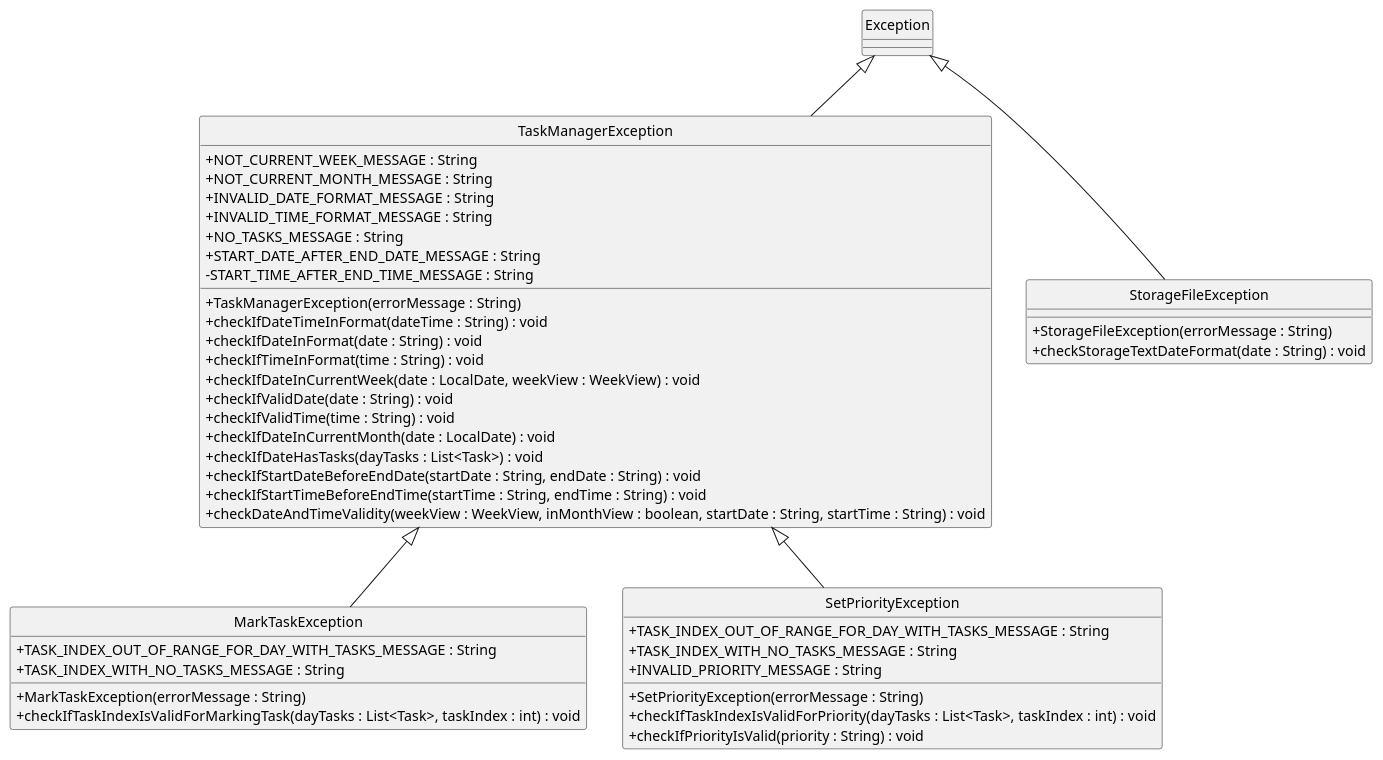
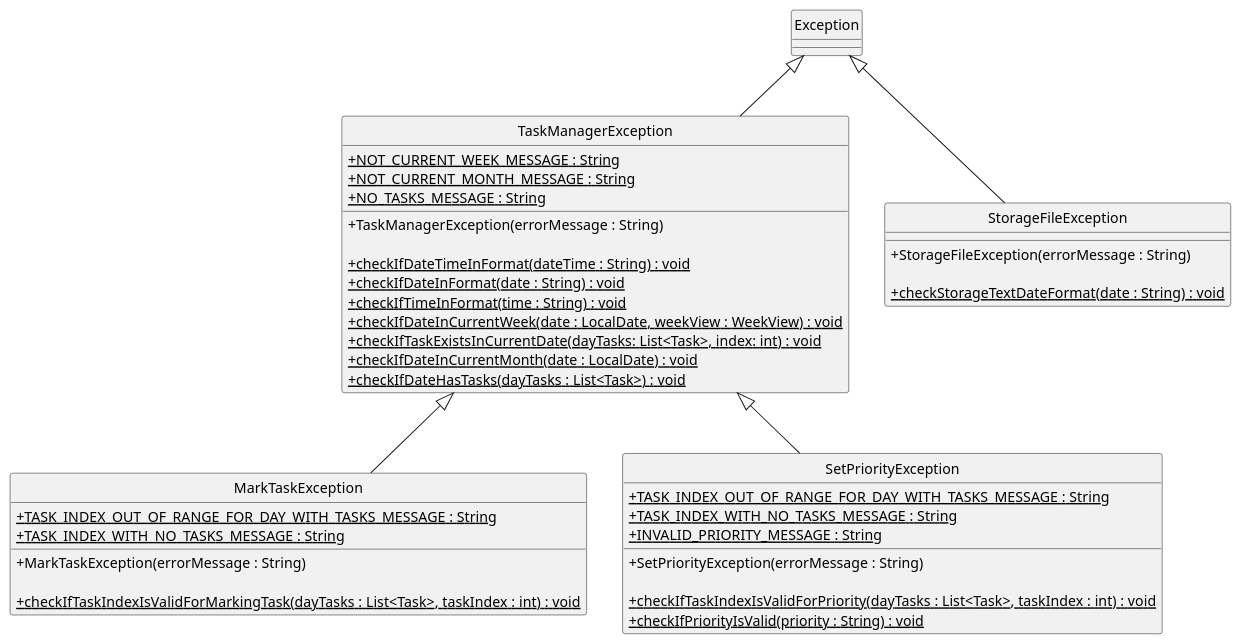
The diagram in docs/diagrams/class/Exceptions.puml (clarencepohh/tp), drawn with PlantUML before and after one commit. The commit also changed 6 other files, not shown here.

```diff
--- a/docs/diagrams/class/Exceptions.puml
+++ b/docs/diagrams/class/Exceptions.puml
@@ -1,51 +1,58 @@
 @startuml
 
 skinparam classAttributeIconSize 0
 
+class TaskManagerException extends Exception {
 
-class TaskManagerException extends Exception {
-    + NOT_CURRENT_WEEK_MESSAGE : String
-    + NOT_CURRENT_MONTH_MESSAGE : String
-    + INVALID_DATE_FORMAT_MESSAGE : String
-    + INVALID_TIME_FORMAT_MESSAGE : String
-    + NO_TASKS_MESSAGE : String
-    + START_DATE_AFTER_END_DATE_MESSAGE : String
-    - START_TIME_AFTER_END_TIME_MESSAGE : String
-    + TaskManagerException(errorMessage : String)
-    + checkIfDateTimeInFormat(dateTime : String) : void
-    + checkIfDateInFormat(date : String) : void
-    + checkIfTimeInFormat(time : String) : void
-    + checkIfDateInCurrentWeek(date : LocalDate, weekView : WeekView) : void
-    + checkIfValidDate(date : String) : void
-    + checkIfValidTime(time : String) : void
-    + checkIfDateInCurrentMonth(date : LocalDate) : void
-    + checkIfDateHasTasks(dayTasks : List<Task>) : void
-    + checkIfStartDateBeforeEndDate(startDate : String, endDate : String) : void
-    + checkIfStartTimeBeforeEndTime(startTime : String, endTime : String) : void
-    + checkDateAndTimeValidity(weekView : WeekView, inMonthView : boolean, startDate : String, startTime : String) : void
+{static} + NOT_CURRENT_WEEK_MESSAGE : String
+{static} + NOT_CURRENT_MONTH_MESSAGE : String
+{static} + NO_TASKS_MESSAGE : String
+
+
++ TaskManagerException(errorMessage : String)
+
+{static} + checkIfDateTimeInFormat(dateTime : String) : void
+{static} + checkIfDateInFormat(date : String) : void
+{static} + checkIfTimeInFormat(time : String) : void
+{static} + checkIfDateInCurrentWeek(date : LocalDate, weekView : WeekView) : void
+{static} + checkIfTaskExistsInCurrentDate(dayTasks: List<Task>, index: int) : void
+{static} + checkIfDateInCurrentMonth(date : LocalDate) : void
+{static} + checkIfDateHasTasks(dayTasks : List<Task>) : void
+
 }
 
 class MarkTaskException extends TaskManagerException {
-    + TASK_INDEX_OUT_OF_RANGE_FOR_DAY_WITH_TASKS_MESSAGE : String
-    + TASK_INDEX_WITH_NO_TASKS_MESSAGE : String
-    + MarkTaskException(errorMessage : String)
-    + checkIfTaskIndexIsValidForMarkingTask(dayTasks : List<Task>, taskIndex : int) : void
+
+{static} + TASK_INDEX_OUT_OF_RANGE_FOR_DAY_WITH_TASKS_MESSAGE : String
+{static} + TASK_INDEX_WITH_NO_TASKS_MESSAGE : String
+
++ MarkTaskException(errorMessage : String)
+
+{static} + checkIfTaskIndexIsValidForMarkingTask(dayTasks : List<Task>, taskIndex : int) : void
+
 }
 
 class SetPriorityException extends TaskManagerException {
-    + TASK_INDEX_OUT_OF_RANGE_FOR_DAY_WITH_TASKS_MESSAGE : String
-    + TASK_INDEX_WITH_NO_TASKS_MESSAGE : String
-    + INVALID_PRIORITY_MESSAGE : String
-    + SetPriorityException(errorMessage : String)
-    + checkIfTaskIndexIsValidForPriority(dayTasks : List<Task>, taskIndex : int) : void
-    + checkIfPriorityIsValid(priority : String) : void
+
+{static} + TASK_INDEX_OUT_OF_RANGE_FOR_DAY_WITH_TASKS_MESSAGE : String
+{static} + TASK_INDEX_WITH_NO_TASKS_MESSAGE : String
+{static} + INVALID_PRIORITY_MESSAGE : String
+
++ SetPriorityException(errorMessage : String)
+
+{static} + checkIfTaskIndexIsValidForPriority(dayTasks : List<Task>, taskIndex : int) : void
+{static} + checkIfPriorityIsValid(priority : String) : void
+
 }
 
 class StorageFileException extends Exception {
-    + StorageFileException(errorMessage : String)
-    + checkStorageTextDateFormat(date : String) : void
+
++ StorageFileException(errorMessage : String)
+
+{static} + checkStorageTextDateFormat(date : String) : void
+
 }
 
 hide circle
 
 @enduml
```
